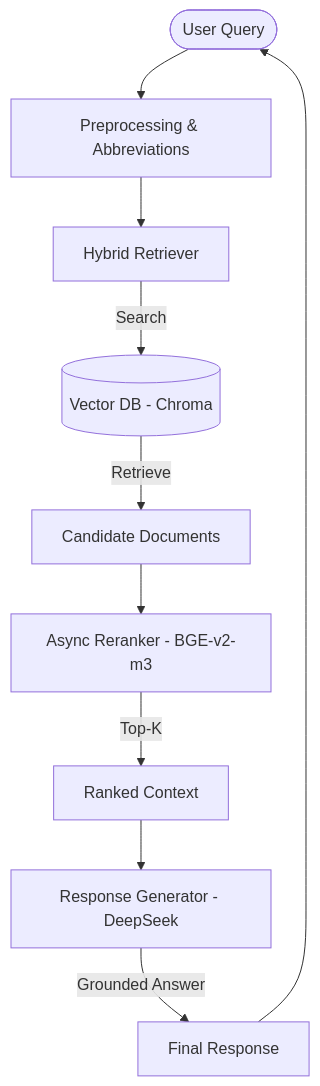
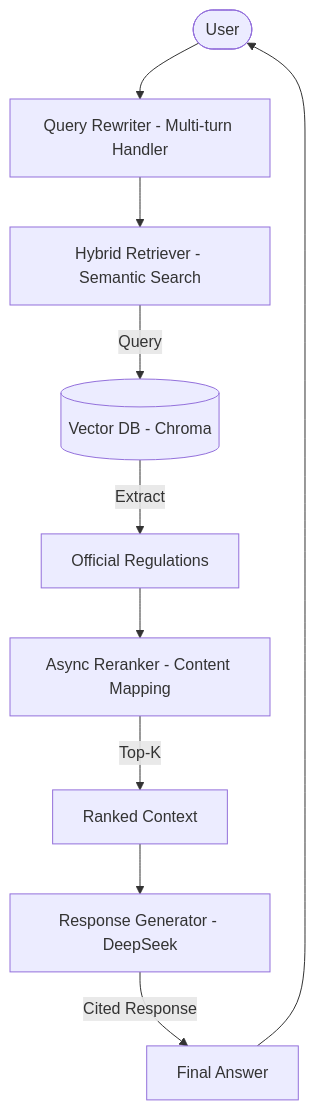
Before and after one commit to DiamondHoang/University-academic-regulations-rag: the diagram in README.md, drawn with Mermaid. The commit also changed other lines of this file and 38 other files, not shown here.

````diff
--- a/README.md
+++ b/README.md
@@ -26,12 +33,12 @@
 ```mermaid
 graph TD
-    User([User Query]) --> Pre[Preprocessing & Abbreviations]
-    Pre --> Ret[Hybrid Retriever]
-    Ret -->|Search| VDB[(Vector DB - Chroma)]
-    VDB -->|Retrieve| Docs[Candidate Documents]
-    Docs --> RR[Async Reranker - BGE-v2-m3]
+    User([User]) --> Rewriter[Query Rewriter - Multi-turn Handler]
+    Rewriter --> Ret[Hybrid Retriever - Semantic Search]
+    Ret -->|Query| VDB[(Vector DB - Chroma)]
+    VDB -->|Extract| Docs[Official Regulations]
+    Docs --> RR[Async Reranker - Content Mapping]
     RR -->|Top-K| Context[Ranked Context]
     Context --> Gen[Response Generator - DeepSeek]
-    Gen -->|Grounded Answer| Ans[Final Response]
+    Gen -->|Cited Response| Ans[Final Answer]
     Ans --> User
 ```
````
